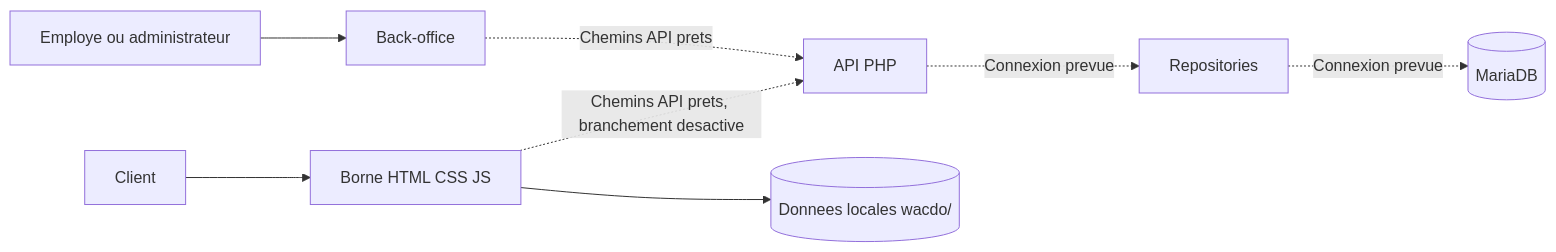
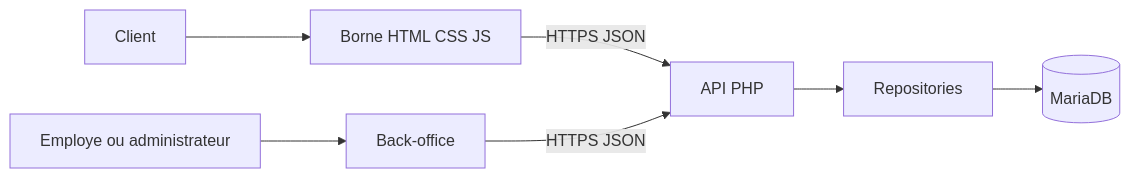
Before and after one commit to Ts8r/Wacdo_quentin: the diagram in wacdo/architecture/architecture.mmd, drawn with Mermaid. The commit also changed 14 other files, not shown here.

First line of the commit message:
feat: add client login/register flow and connect borne to API

```diff
--- a/wacdo/architecture/architecture.mmd
+++ b/wacdo/architecture/architecture.mmd
@@ -1,8 +1,7 @@
 flowchart LR
     Client[Client] --> Front[Borne HTML CSS JS]
-    Front -.->|Chemins API prets, branchement desactive| API[API PHP]
+    Front -->|HTTPS JSON| API[API PHP]
     Employe[Employe ou administrateur] --> Back[Back-office]
-    Back -.->|Chemins API prets| API
-    API -.->|Connexion prevue| Repositories[Repositories]
-    Repositories -.->|Connexion prevue| DB[(MariaDB)]
-    Front --> Local[(Donnees locales wacdo/)]
+    Back -->|HTTPS JSON| API
+    API --> Repositories[Repositories]
+    Repositories --> DB[(MariaDB)]
```
